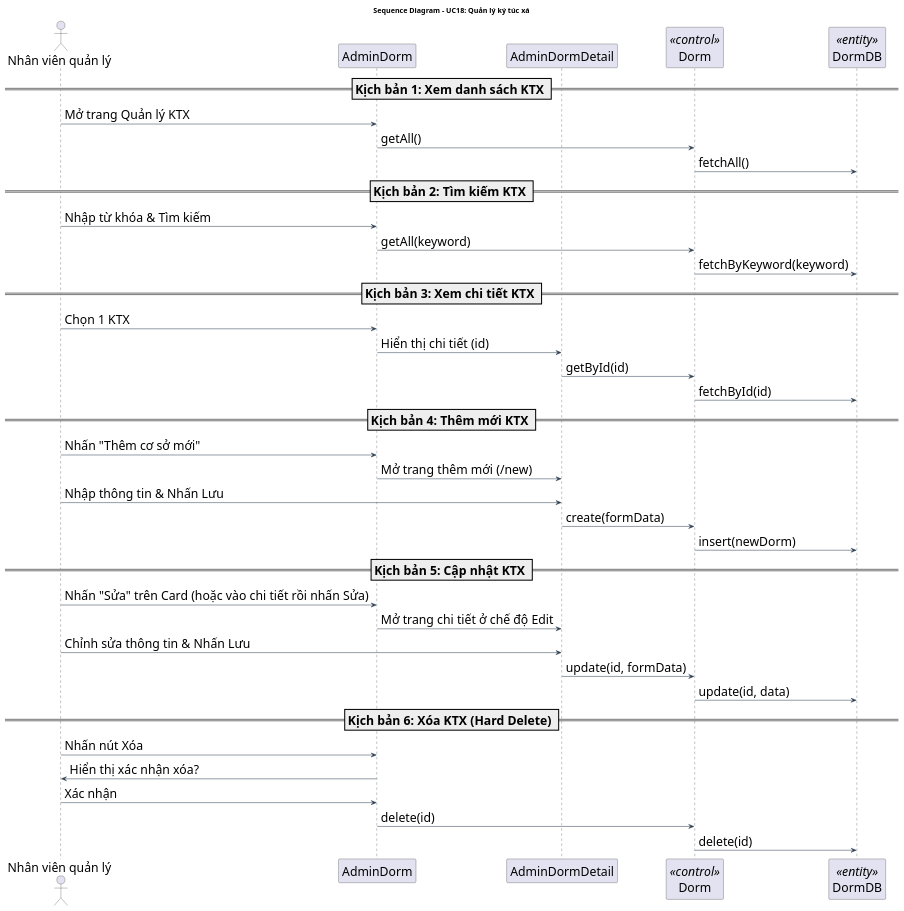
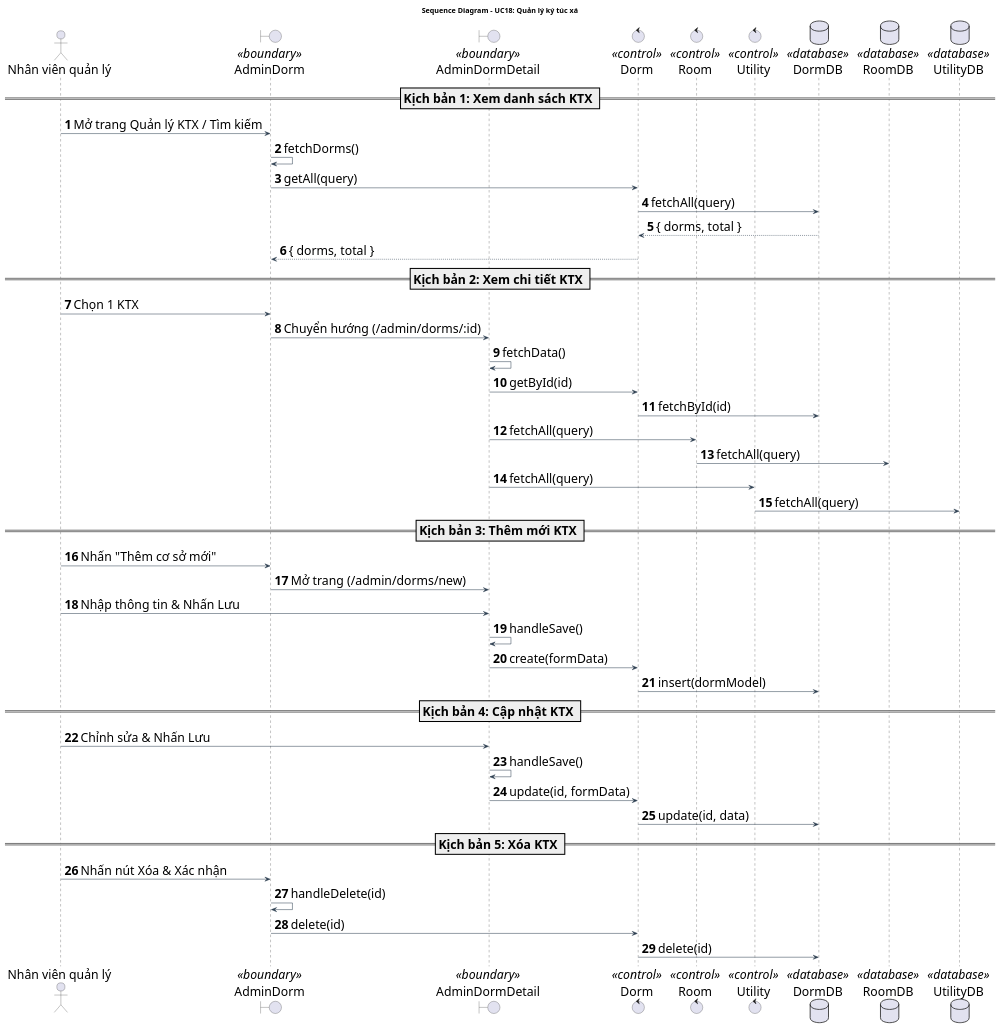
The diagram in doc/system/quan_ly_ky_tuc_xa/QuanLyKyTucXa_SequenceDiagram.wsd (Gnourt812005/HCMUS-Analyze-and-desgin-IS), drawn with PlantUML before and after one commit. The commit also changed other lines of this file and 19 other files, not shown here.

Commit message:
trong: update class and sequence usecase

```diff
--- a/doc/system/quan_ly_ky_tuc_xa/QuanLyKyTucXa_SequenceDiagram.wsd
+++ b/doc/system/quan_ly_ky_tuc_xa/QuanLyKyTucXa_SequenceDiagram.wsd
@@ -1,57 +1,66 @@
 @startuml QuanLyKyTucXa_SequenceDiagram
 title Sequence Diagram - UC18: Quản lý ký túc xá
 
 ' --- STYLE CONFIGURATION ---
 skinparam {
     BackgroundColor White
     ArrowColor #2D3E50
     DefaultFontName "Arial"
     DefaultFontSize 24
     ParticipantPadding 20
     BoxPadding 10
 }
 
 actor "Nhân viên quản lý" as Actor
-participant "AdminDorm" as MainGUI
-participant "AdminDormDetail" as DetailGUI
-participant "Dorm" as BUS <<control>>
-participant "DormDB" as DB <<entity>>
+boundary "AdminDorm" as MainGUI <<boundary>>
+boundary "AdminDormDetail" as DetailGUI <<boundary>>
+control "Dorm" as BUS <<control>>
+control "Room" as ROOM <<control>>
+control "Utility" as UTIL <<control>>
+database "DormDB" as DB <<database>>
+database "RoomDB" as RDB <<database>>
+database "UtilityDB" as UDB <<database>>
+
+autonumber
+
 
 == Kịch bản 1: Xem danh sách KTX ==
-Actor -> MainGUI: Mở trang Quản lý KTX
-MainGUI -> BUS: getAll()
-BUS -> DB: fetchAll()
+Actor -> MainGUI: Mở trang Quản lý KTX / Tìm kiếm
+MainGUI -> MainGUI: fetchDorms()
+MainGUI -> BUS: getAll(query)
+BUS -> DB: fetchAll(query)
+DB --> BUS: { dorms, total }
+BUS --> MainGUI: { dorms, total }
 
-== Kịch bản 2: Tìm kiếm KTX ==
-Actor -> MainGUI: Nhập từ khóa & Tìm kiếm
-MainGUI -> BUS: getAll(keyword)
-BUS -> DB: fetchByKeyword(keyword)
-
-== Kịch bản 3: Xem chi tiết KTX ==
+== Kịch bản 2: Xem chi tiết KTX ==
 Actor -> MainGUI: Chọn 1 KTX
-MainGUI -> DetailGUI: Hiển thị chi tiết (id)
+MainGUI -> DetailGUI: Chuyển hướng (/admin/dorms/:id)
+DetailGUI -> DetailGUI: fetchData()
 DetailGUI -> BUS: getById(id)
 BUS -> DB: fetchById(id)
+DetailGUI -> ROOM: fetchAll(query)
+ROOM -> RDB: fetchAll(query)
+DetailGUI -> UTIL: fetchAll(query)
+UTIL -> UDB: fetchAll(query)
 
-== Kịch bản 4: Thêm mới KTX ==
+== Kịch bản 3: Thêm mới KTX ==
 Actor -> MainGUI: Nhấn "Thêm cơ sở mới"
-MainGUI -> DetailGUI: Mở trang thêm mới (/new)
+MainGUI -> DetailGUI: Mở trang (/admin/dorms/new)
 Actor -> DetailGUI: Nhập thông tin & Nhấn Lưu
+DetailGUI -> DetailGUI: handleSave()
 DetailGUI -> BUS: create(formData)
-BUS -> DB: insert(newDorm)
+BUS -> DB: insert(dormModel)
 
-== Kịch bản 5: Cập nhật KTX ==
-Actor -> MainGUI: Nhấn "Sửa" trên Card (hoặc vào chi tiết rồi nhấn Sửa)
-MainGUI -> DetailGUI: Mở trang chi tiết ở chế độ Edit
-Actor -> DetailGUI: Chỉnh sửa thông tin & Nhấn Lưu
+== Kịch bản 4: Cập nhật KTX ==
+Actor -> DetailGUI: Chỉnh sửa & Nhấn Lưu
+DetailGUI -> DetailGUI: handleSave()
 DetailGUI -> BUS: update(id, formData)
 BUS -> DB: update(id, data)
 
-== Kịch bản 6: Xóa KTX (Hard Delete) ==
-Actor -> MainGUI: Nhấn nút Xóa
-MainGUI -> Actor: Hiển thị xác nhận xóa?
-Actor -> MainGUI: Xác nhận
+== Kịch bản 5: Xóa KTX ==
+Actor -> MainGUI: Nhấn nút Xóa & Xác nhận
+MainGUI -> MainGUI: handleDelete(id)
 MainGUI -> BUS: delete(id)
 BUS -> DB: delete(id)
 
 @enduml
```
